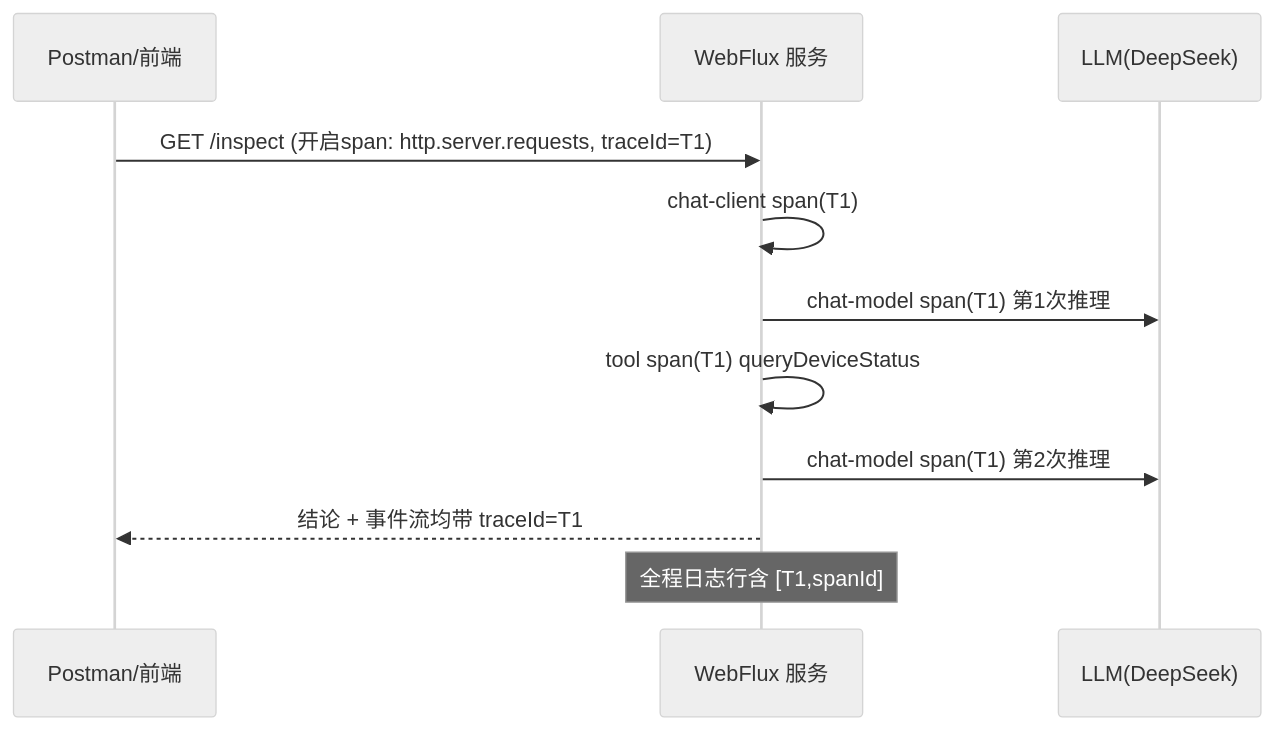
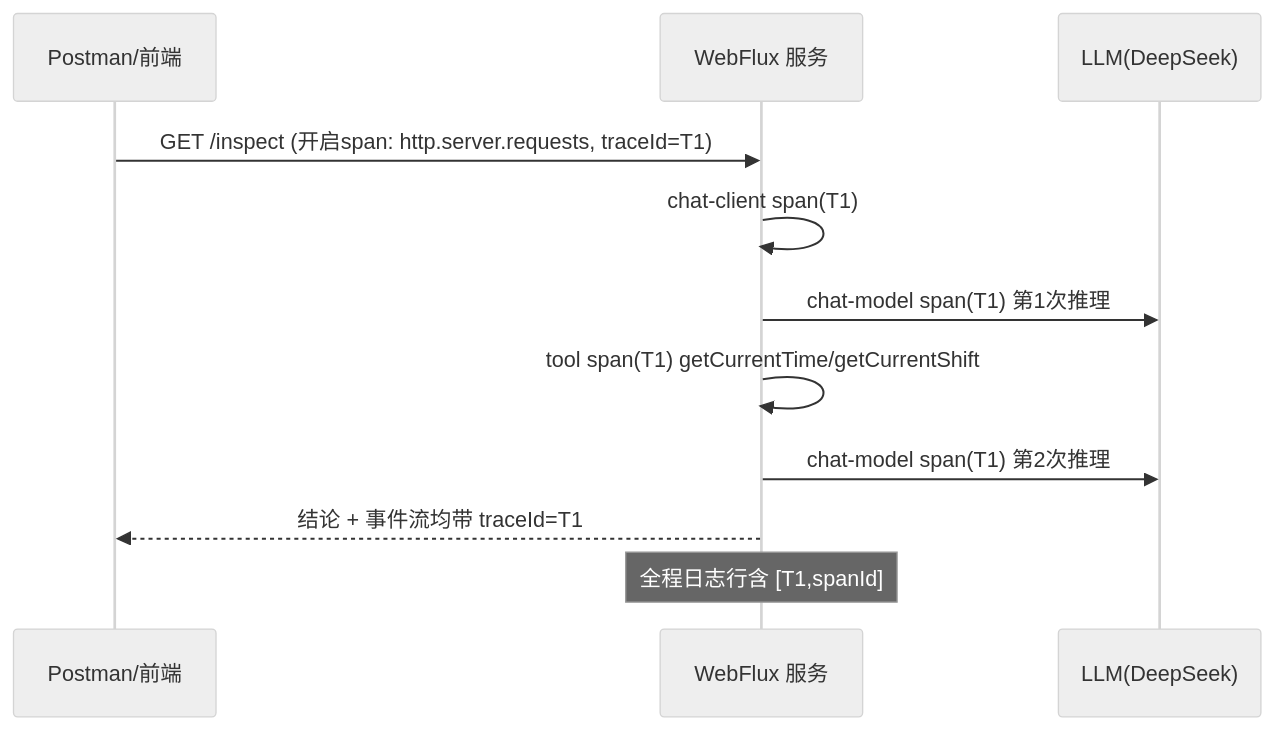
One commit to UranusGit/java-agent-learn changed the second of 2 diagrams in docs/附录/18-Observation/06-Trace链路：traceId贯穿HTTP、LLM、工具与日志.md. Above: the diagram before and after it, drawn with Mermaid (neutral theme). The commit also changed other lines of this file and 12 other files, not shown here.

First line of the commit message:
18-Observation 单工具化：移除 DeviceTools，全系列只留 TimeTool

````diff
--- a/docs/附录/18-Observation/06-Trace链路：traceId贯穿HTTP、LLM、工具与日志.md
+++ b/docs/附录/18-Observation/06-Trace链路：traceId贯穿HTTP、LLM、工具与日志.md
@@ -202,13 +202,13 @@
 ```mermaid
 sequenceDiagram
     participant C as Postman/前端
     participant S as WebFlux 服务
     participant L as LLM(DeepSeek)
     C->>S: GET /inspect (开启span: http.server.requests, traceId=T1)
     S->>S: chat-client span(T1)
     S->>L: chat-model span(T1) 第1次推理
-    S->>S: tool span(T1) queryDeviceStatus
+    S->>S: tool span(T1) getCurrentTime/getCurrentShift
     S->>L: chat-model span(T1) 第2次推理
     S-->>C: 结论 + 事件流均带 traceId=T1
     Note over S: 全程日志行含 [T1,spanId]
 ```
````
